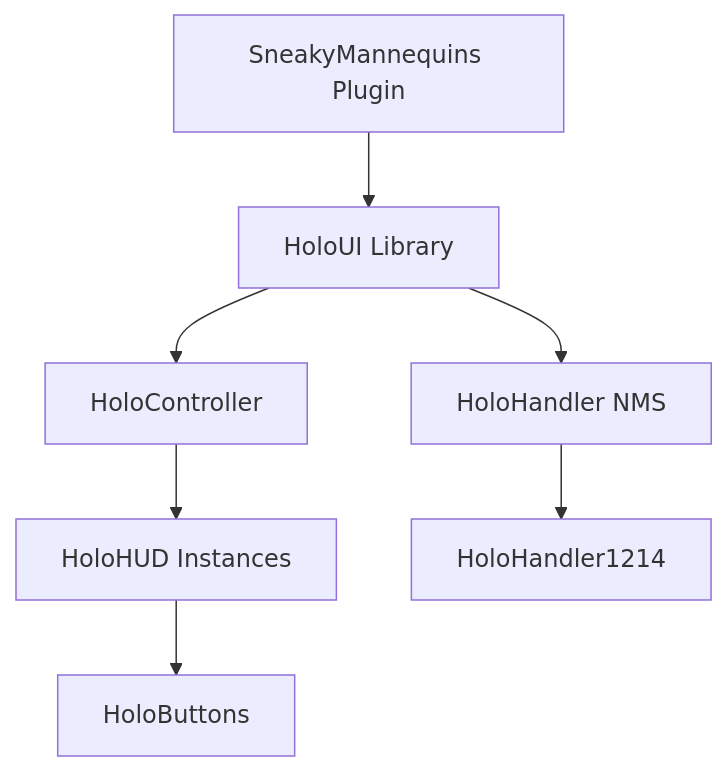
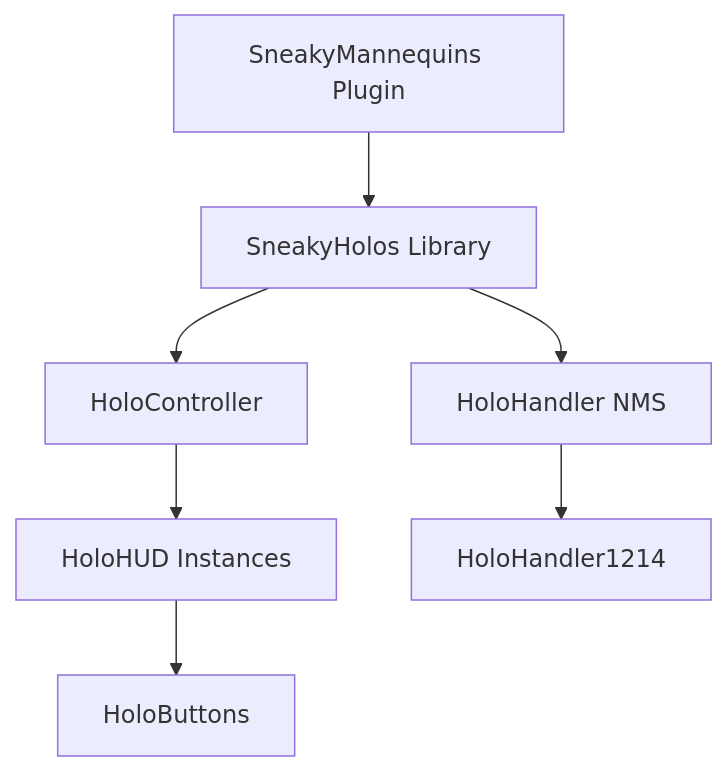
The diagram in README.md (Team-Sneakymouse/HoloUX-Workspace), drawn with Mermaid before and after one commit. The commit also changed other lines of this file and 3 other files, not shown here.

Commit message:
feat: Introduce SneakyHolos Kotlin project with initial implementation and workspace integration.

````diff
--- a/README.md
+++ b/README.md
@@ -42,9 +42,9 @@
 ```mermaid
 graph TD
-    SM[SneakyMannequins Plugin] --> HUI[HoloUI Library]
+    SM[SneakyMannequins Plugin] --> HUI[SneakyHolos Library]
     HUI --> HC[HoloController]
     HC --> HUD[HoloHUD Instances]
     HUD --> HB[HoloButtons]
     HUI --> HH[HoloHandler NMS]
     HH --> HH1214[HoloHandler1214]
 ```
````
